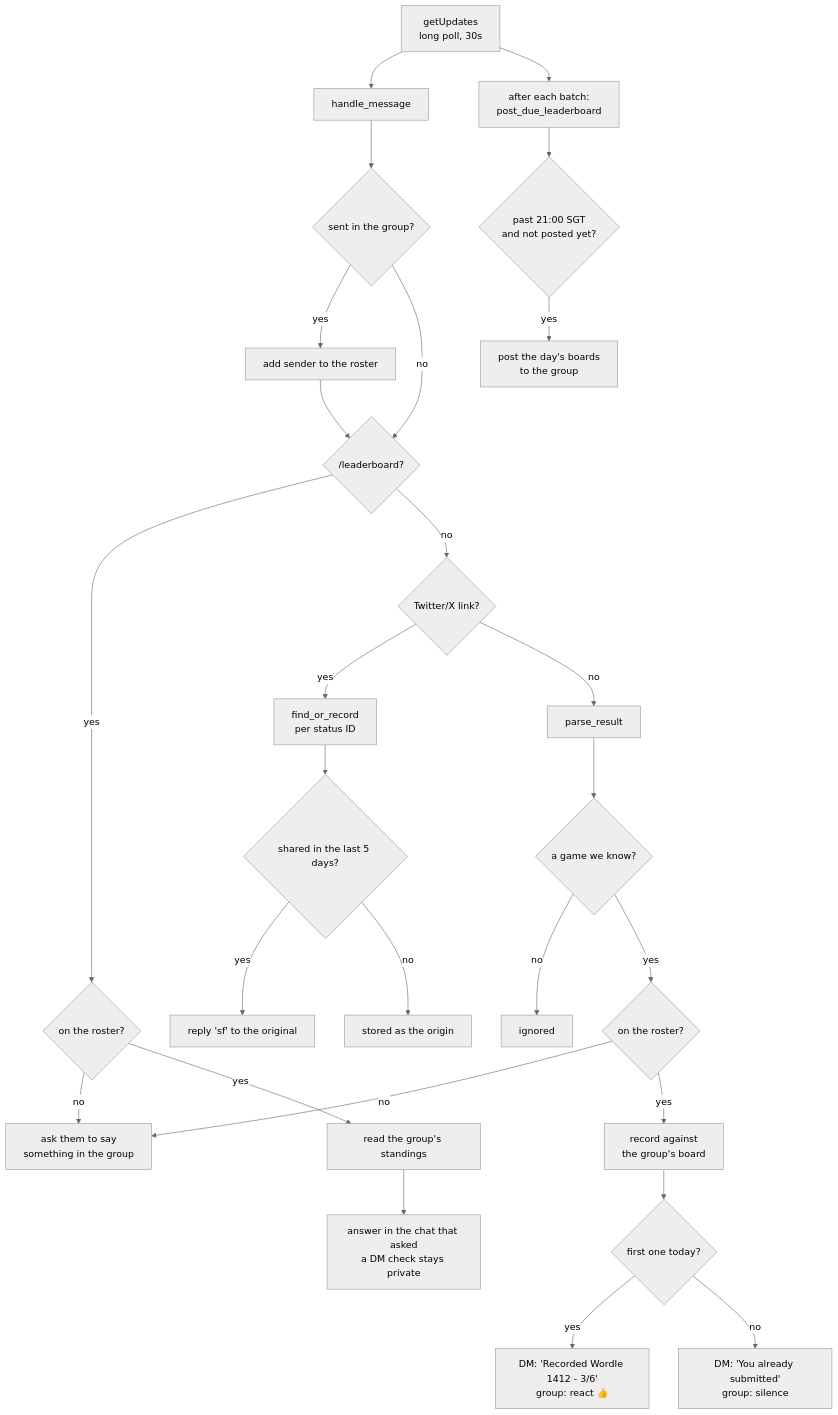
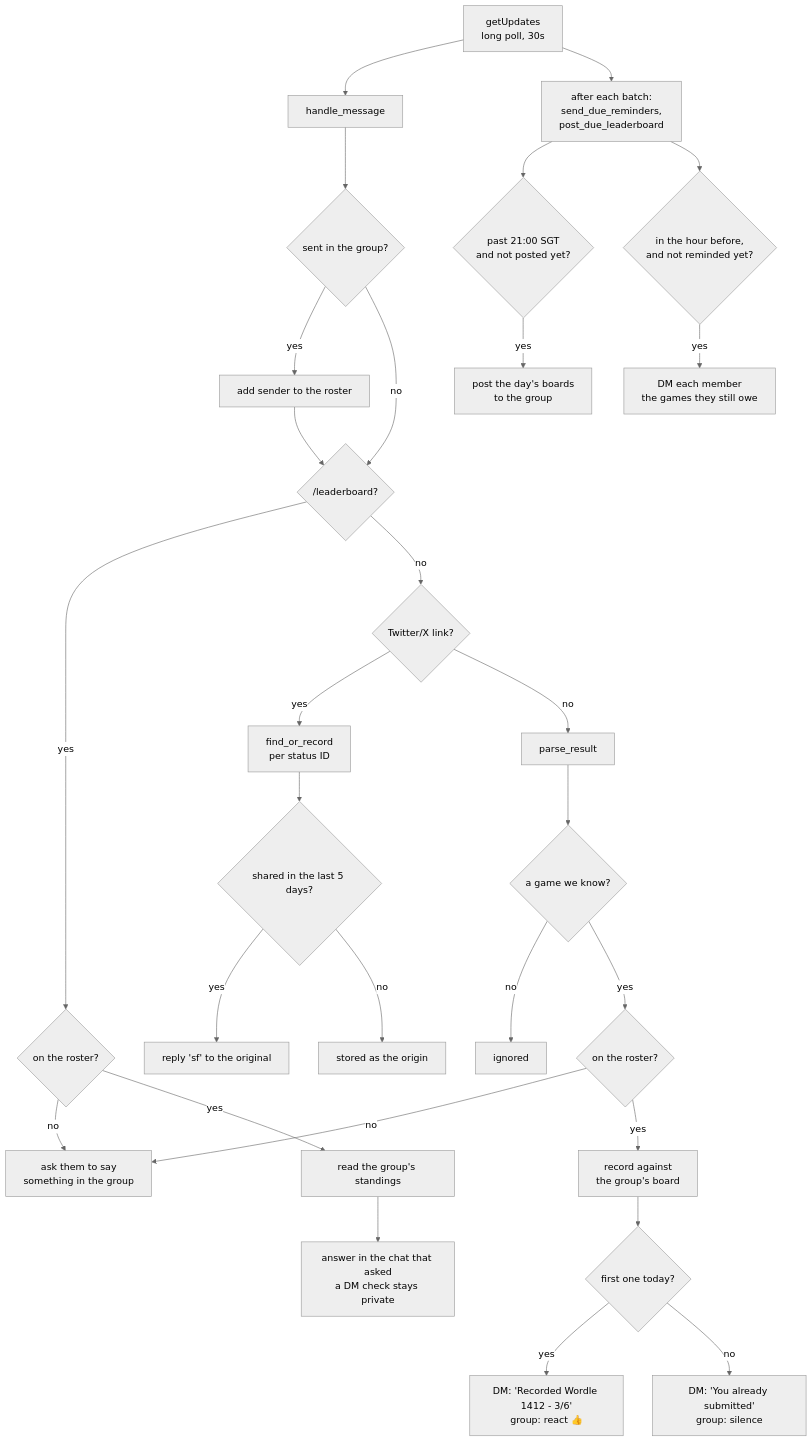
The diagram in README.md (kienanana/sfbot), drawn with Mermaid (neutral theme) before and after one commit. The commit also changed other lines of this file and 8 other files, not shown here.

````diff
--- a/README.md
+++ b/README.md
@@ -23,35 +35,37 @@
 ```mermaid
 flowchart TD
     A["getUpdates<br/>long poll, 30s"] --> B["handle_message"]
 
     B --> Z{"sent in the group?"}
     Z -->|yes| Z2["add sender to the roster"]
     Z2 --> C
     Z -->|no| C
 
     C{"/leaderboard?"}
     C -->|yes| D{"on the roster?"}
     D -->|no| D2["ask them to say<br/>something in the group"]
     D -->|yes| D3["read the group's standings"]
     D3 --> E["answer in the chat that asked<br/>a DM check stays private"]
 
     C -->|no| F{"Twitter/X link?"}
     F -->|yes| G["find_or_record<br/>per status ID"]
     G --> H{"shared in the last 5 days?"}
     H -->|yes| I["reply 'sf' to the original"]
     H -->|no| J["stored as the origin"]
 
     F -->|no| K["parse_result"]
     K --> L{"a game we know?"}
     L -->|no| M["ignored"]
     L -->|yes| L2{"on the roster?"}
     L2 -->|no| D2
     L2 -->|yes| N["record against<br/>the group's board"]
     N --> O{"first one today?"}
     O -->|yes| P["DM: 'Recorded Wordle 1412 - 3/6'<br/>group: react 👍"]
     O -->|no| Q["DM: 'You already submitted'<br/>group: silence"]
 
-    A --> R["after each batch:<br/>post_due_leaderboard"]
+    A --> R["after each batch:<br/>send_due_reminders,<br/>post_due_leaderboard"]
     R --> S{"past 21:00 SGT<br/>and not posted yet?"}
     S -->|yes| T["post the day's boards<br/>to the group"]
+    R --> U{"in the hour before,<br/>and not reminded yet?"}
+    U -->|yes| V["DM each member<br/>the games they still owe"]
 ```
````
